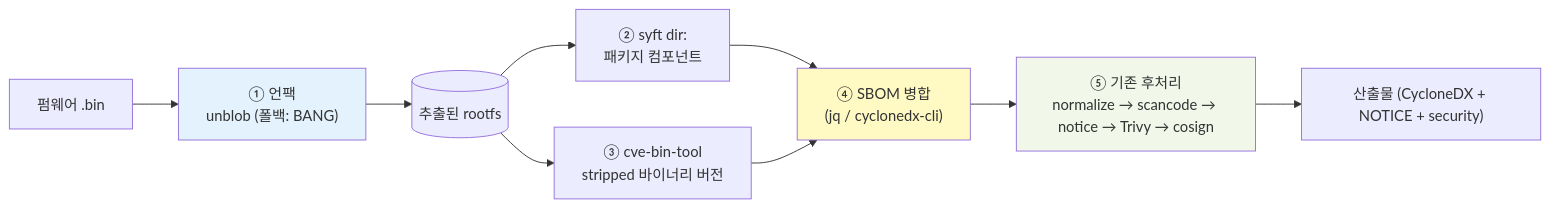
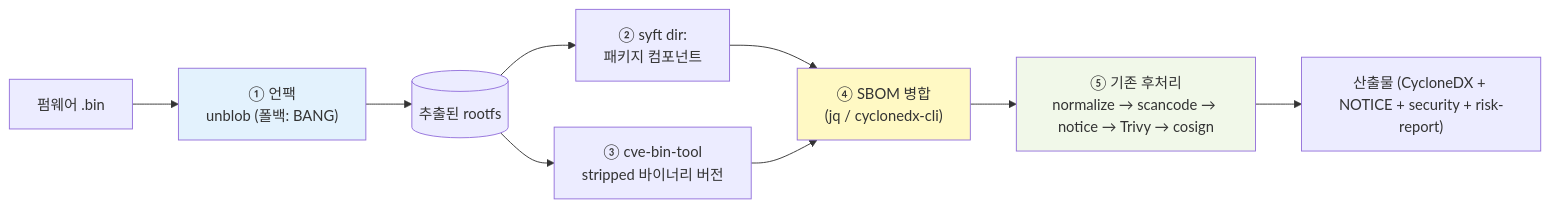
The diagram in docs/firmware-analysis.md (sktelecom/bomlens), drawn with Mermaid before and after one commit. The commit also changed 21 other files, not shown here.

First line of the commit message:
feat: end-to-end support for 5 input forms + risk report in all modes

````diff
--- a/docs/firmware-analysis.md
+++ b/docs/firmware-analysis.md
@@ -54,15 +54,15 @@
 ```mermaid
 flowchart LR
     FW["펌웨어 .bin"] --> UNPACK["① 언팩<br/>unblob (폴백: BANG)"]
     UNPACK --> ROOTFS[("추출된 rootfs")]
     ROOTFS --> SYFT["② syft dir:<br/>패키지 컴포넌트"]
     ROOTFS --> CVEBIN["③ cve-bin-tool<br/>stripped 바이너리 버전"]
     SYFT --> MERGE["④ SBOM 병합<br/>(jq / cyclonedx-cli)"]
     CVEBIN --> MERGE
     MERGE --> POST["⑤ 기존 후처리<br/>normalize → scancode → notice → Trivy → cosign"]
-    POST --> OUT["산출물 (CycloneDX + NOTICE + security)"]
+    POST --> OUT["산출물 (CycloneDX + NOTICE + security + risk-report)"]
 
     style UNPACK fill:#e3f2fd
     style MERGE fill:#fff9c4
     style POST fill:#f1f8e9
 ```
````
